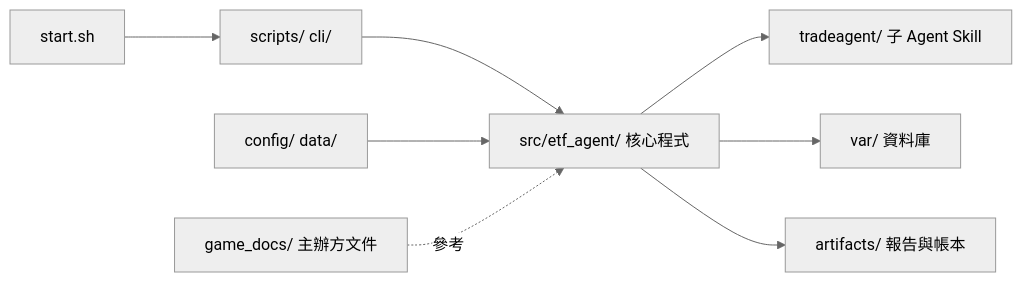
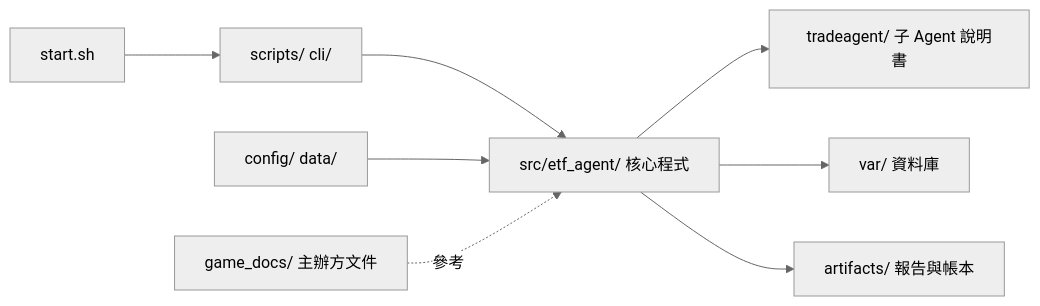
Before and after one commit to zxcvb8885123/ETF-AGENTS: the diagram in README.md, drawn with Mermaid (neutral theme). The commit also changed other lines of this file and 5 other files, not shown here.

````diff
--- a/README.md
+++ b/README.md
@@ -73,10 +63,10 @@
 ```mermaid
 flowchart LR
   S[start.sh] --> SC[scripts/ cli/]
   SC --> SRC[src/etf_agent/ 核心程式]
-  SRC --> TA[tradeagent/ 子 Agent Skill]
+  SRC --> TA[tradeagent/ 子 Agent 說明書]
   CFG[config/ data/] --> SRC
   SRC --> VAR[var/ 資料庫]
   SRC --> ART[artifacts/ 報告與帳本]
   GD[game_docs/ 主辦方文件] -.參考.-> SRC
 ```
````
